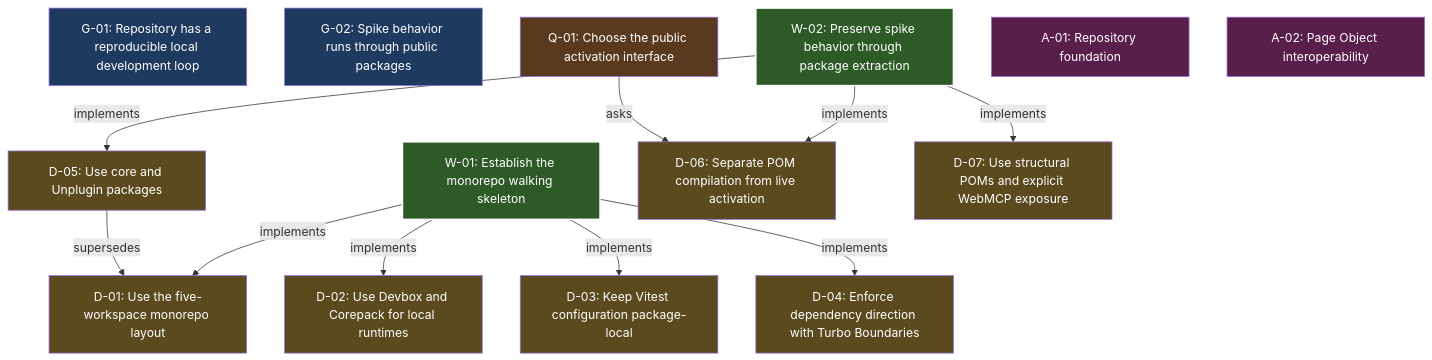
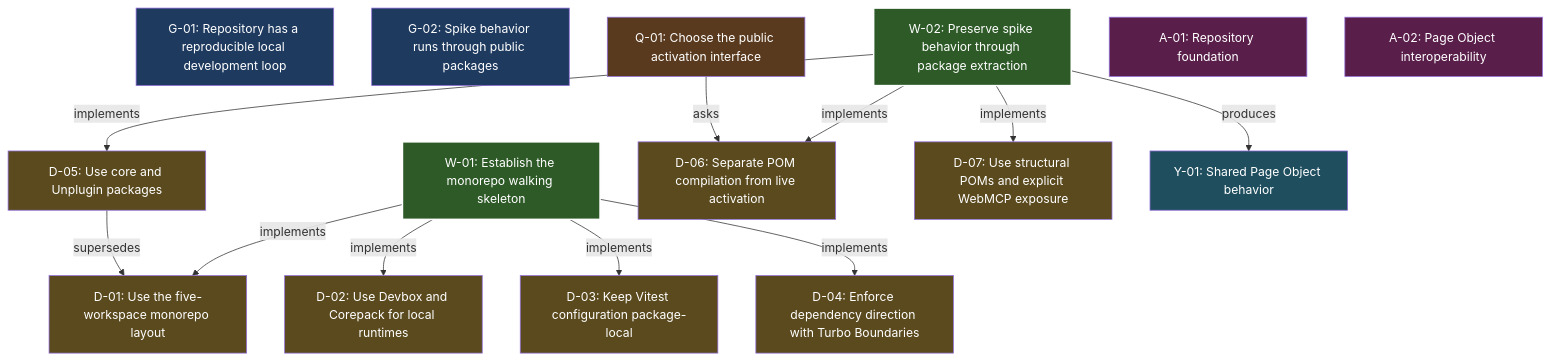
The diagram in .grove/index.md (ayme-labs/ayme-webmcp), drawn with Mermaid before and after one commit. The commit also changed other lines of this file and 2 other files, not shown here.

Commit message:
docs: distill package migration discovery

````diff
--- a/.grove/index.md
+++ b/.grove/index.md
@@ -55,40 +61,42 @@
 ```mermaid
 graph TD
   G_01["G-01: Repository has a reproducible local development loop"]:::goal
   G_02["G-02: Spike behavior runs through public packages"]:::goal
   W_01["W-01: Establish the monorepo walking skeleton"]:::done
   W_02["W-02: Preserve spike behavior through package extraction"]:::done
   D_01["D-01: Use the five-workspace monorepo layout"]:::decision
   D_02["D-02: Use Devbox and Corepack for local runtimes"]:::decision
   D_03["D-03: Keep Vitest configuration package-local"]:::decision
   D_04["D-04: Enforce dependency direction with Turbo Boundaries"]:::decision
   D_05["D-05: Use core and Unplugin packages"]:::decision
   D_06["D-06: Separate POM compilation from live activation"]:::decision
   D_07["D-07: Use structural POMs and explicit WebMCP exposure"]:::decision
   Q_01["Q-01: Choose the public activation interface"]:::question
+  Y_01["Y-01: Shared Page Object behavior"]:::discovery
   A_01["A-01: Repository foundation"]:::area
   A_02["A-02: Page Object interoperability"]:::area
   D_05 -->|supersedes| D_01
   Q_01 -->|asks| D_06
   W_01 -->|implements| D_01
   W_01 -->|implements| D_02
   W_01 -->|implements| D_03
   W_01 -->|implements| D_04
   W_02 -->|implements| D_05
   W_02 -->|implements| D_06
   W_02 -->|implements| D_07
+  W_02 -->|produces| Y_01
 classDef area fill:#5a1e4a,color:#fff
 classDef goal fill:#1e3a5f,color:#fff
 classDef theme fill:#2a4a3a,color:#fff
 classDef decision fill:#5a4a1e,color:#fff
 classDef question fill:#5a3a1e,color:#fff
 classDef assumption fill:#4a2d5a,color:#fff
 classDef spike fill:#3a3a5a,color:#fff
 classDef feature fill:#1e4a4a,color:#fff
 classDef ready fill:#2d5a27,color:#fff
 classDef progress fill:#3a4a6a,color:#fff,stroke:#fff,stroke-width:2px
 classDef done fill:#2d5a27,color:#fff,stroke:#fff,stroke-width:2px
 classDef rejected fill:#5a5a5a,color:#fff
 classDef discovery fill:#1f4e5f,color:#fff
 classDef critical stroke:#ff0,stroke-width:3px
 ```
````
